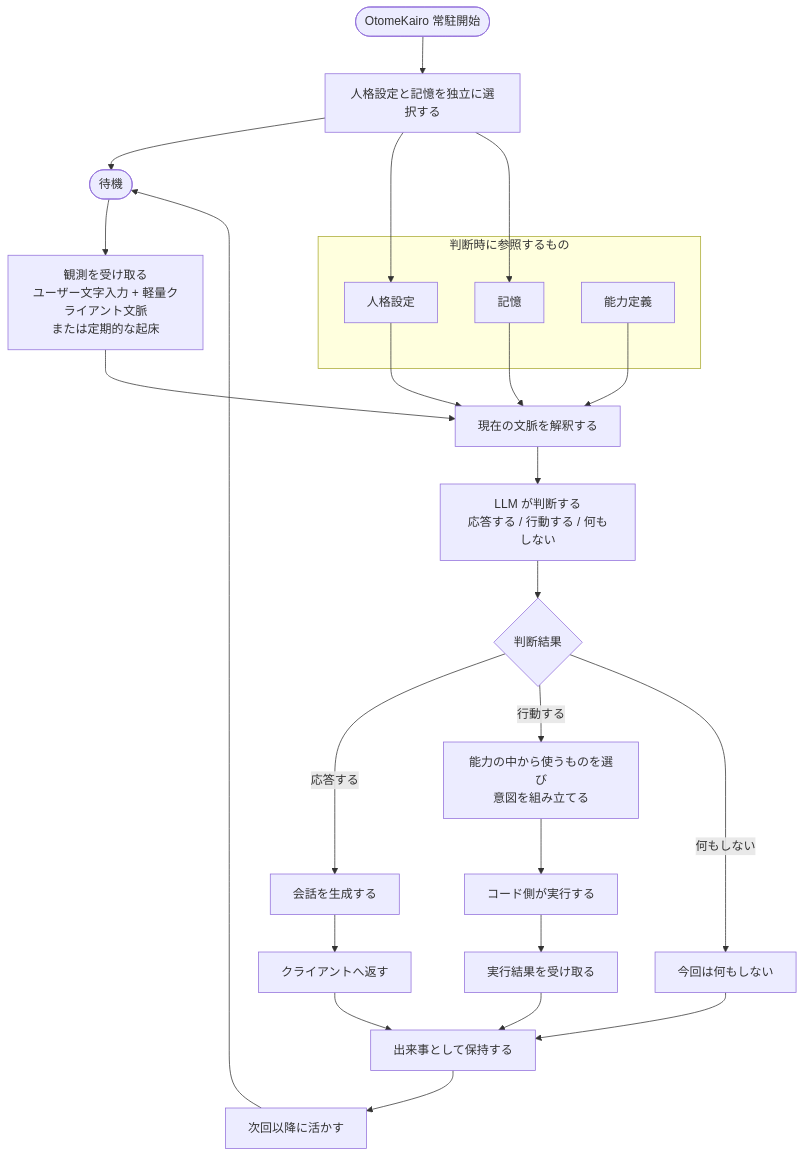
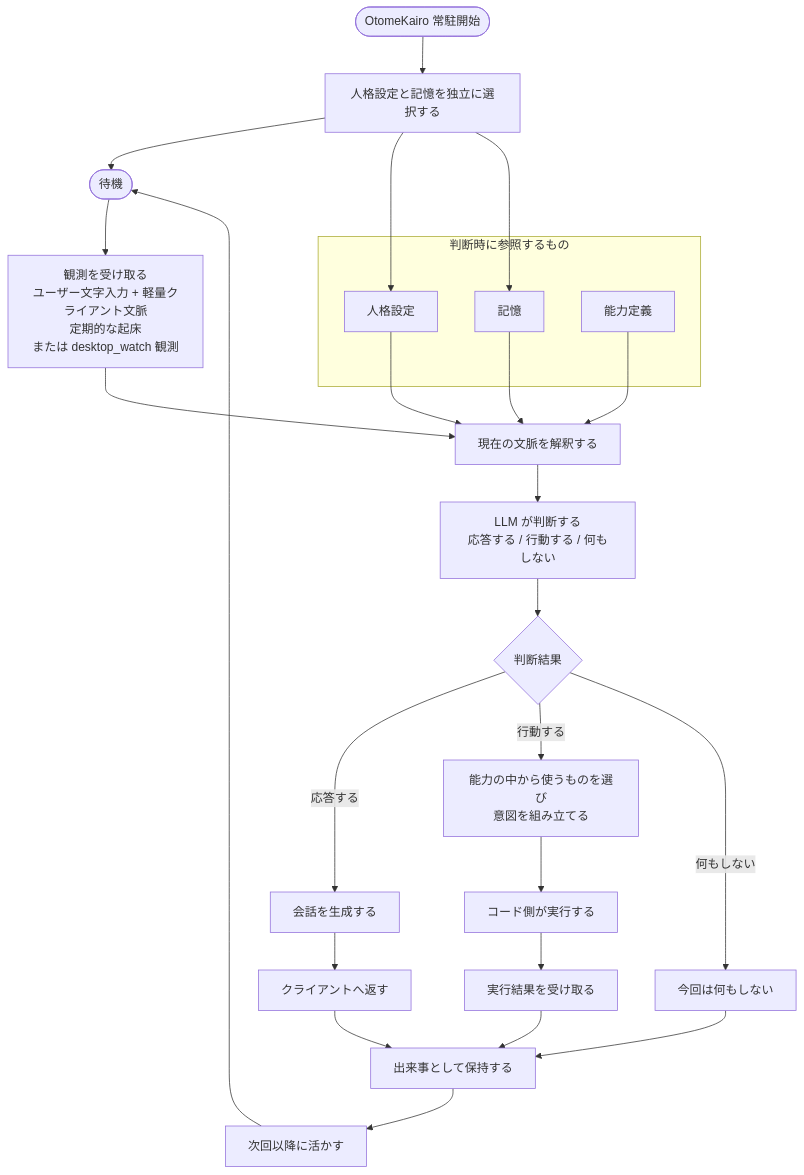
Before and after one commit to hirona98/OtomeKairo: the diagram in docs/design/03_アーキテクチャ.md, drawn with Mermaid. The commit also changed other lines of this file and 8 other files, not shown here.

First line of the commit message:
feat: Implement desktop_watch event stream and capture-response API

````diff
--- a/docs/design/03_アーキテクチャ.md
+++ b/docs/design/03_アーキテクチャ.md
@@ -44,53 +44,53 @@
 ```mermaid
 flowchart TD
     Start([OtomeKairo 常駐開始])
     Select[人格設定と記憶を独立に選択する]
     Wait([待機])
-    Observe[観測を受け取る<br/>ユーザー文字入力 + 軽量クライアント文脈<br/>または定期的な起床]
+    Observe[観測を受け取る<br/>ユーザー文字入力 + 軽量クライアント文脈<br/>定期的な起床<br/>または desktop_watch 観測]
     Build[現在の文脈を解釈する]
     Decide["LLM が判断する<br/>応答する / 行動する / 何もしない"]
     Branch{判断結果}
     Reply[会話を生成する]
     Plan["能力の中から使うものを選び<br/>意図を組み立てる"]
     Execute[コード側が実行する]
     Nothing[今回は何もしない]
     Return[クライアントへ返す]
     Result[実行結果を受け取る]
     Store[出来事として保持する]
     Next[次回以降に活かす]
 
     subgraph Ref["判断時に参照するもの"]
         Persona[人格設定]
         Memory[記憶]
         Capability[能力定義]
     end
 
     Start --> Select
     Select --> Wait
     Select --> Persona
     Select --> Memory
 
     Wait --> Observe
     Observe --> Build
     Persona --> Build
     Memory --> Build
     Capability --> Build
 
     Build --> Decide
     Decide --> Branch
 
     Branch -->|応答する| Reply
     Branch -->|行動する| Plan
     Branch -->|何もしない| Nothing
 
     Reply --> Return
     Plan --> Execute
     Execute --> Result
 
     Return --> Store
     Result --> Store
     Nothing --> Store
 
     Store --> Next
     Next --> Wait
 ```
````
